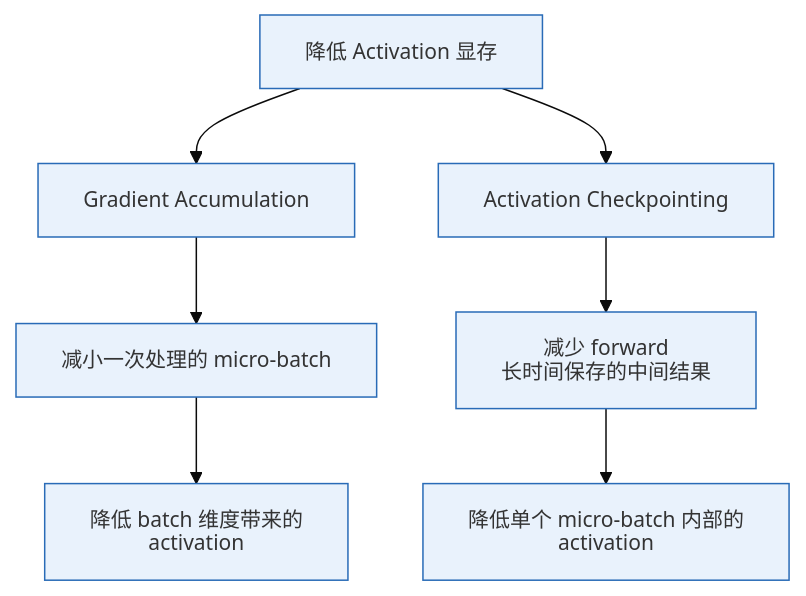
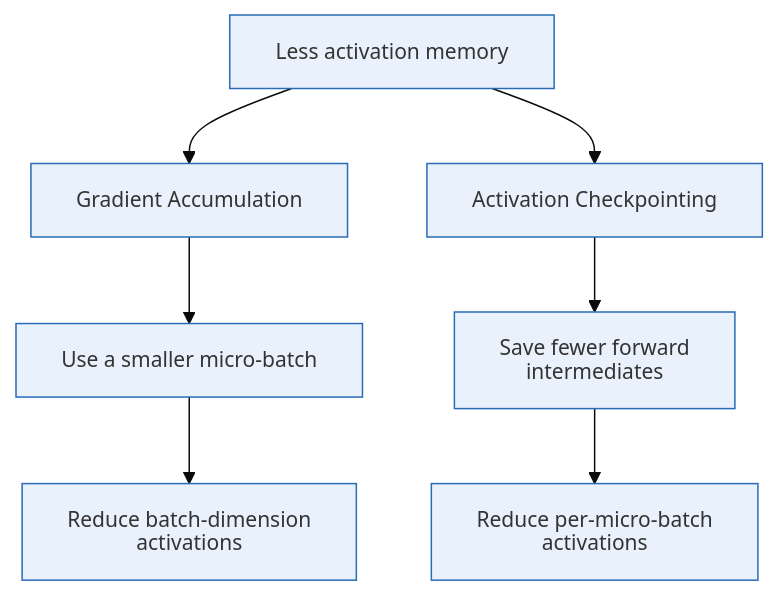
One commit to jshn9515/deep-learning-notes changed the diagram in en/ch12-llm-training-engineering/figures/ch12.6-reduce-activation-mem.mmd. Above: the diagram before and after it, drawn with Mermaid. The commit also changed 11 other files, not shown here.

Commit message:
DOC: Translate Chapter 12 diagram labels

```diff
--- a/en/ch12-llm-training-engineering/figures/ch12.6-reduce-activation-mem.mmd
+++ b/en/ch12-llm-training-engineering/figures/ch12.6-reduce-activation-mem.mmd
@@ -1,38 +1,38 @@
 ---
 config:
   startOnLoad: false
   theme: base
   htmlLabels: false
   fontFamily: Arial, Microsoft YaHei, Noto Serif CJK SC, sans-serif
   themeVariables:
     fontSize: 14px
     primaryColor: "#e9f2fc"
     primaryBorderColor: "#296bb7"
     primaryTextColor: "#333333"
     lineColor: "#0b0b0b"
 
   themeCSS: |
     .node text,
     .nodeLabel,
     .label text {
       font-weight: 400;
       font-style: normal;
     }
 
     .node rect,
     .flowchart-link {
       stroke-width: 1px;
     }
 ---
 
 flowchart TD
-    M[降低 Activation 显存]
+    M[Less activation memory]
 
     M --> GA[Gradient Accumulation]
     M --> AC[Activation Checkpointing]
 
-    GA --> GA1[减小一次处理的 micro-batch]
-    GA1 --> GA2[降低 batch 维度带来的 activation]
+    GA --> GA1[Use a smaller micro-batch]
+    GA1 --> GA2[Reduce batch-dimension activations]
 
-    AC --> AC1[减少 forward 长时间保存的中间结果]
-    AC1 --> AC2[降低单个 micro-batch 内部的 activation]
+    AC --> AC1[Save fewer forward intermediates]
+    AC1 --> AC2[Reduce per-micro-batch activations]
```
